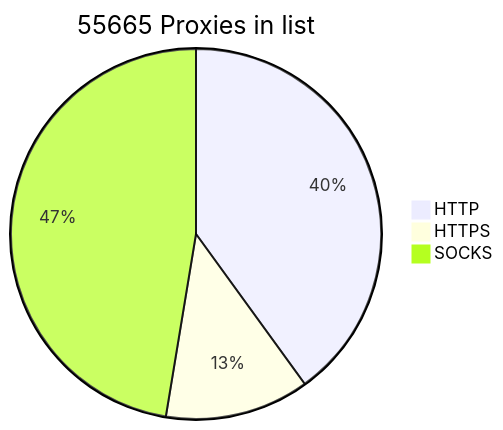
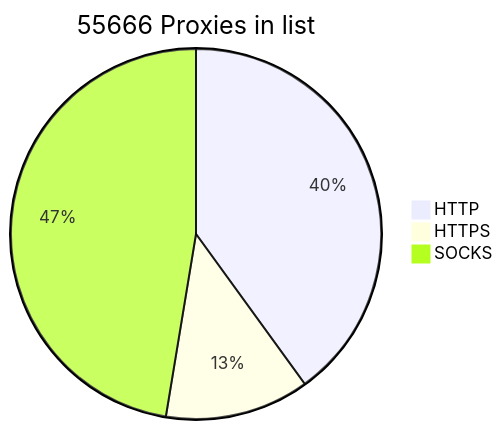
The diagram in README.md (BlackSnowDot/proxylist-update-every-minute), drawn with Mermaid before and after one commit.

````diff
--- a/README.md
+++ b/README.md
@@ -2,6 +2,6 @@
 ```mermaid
-pie title 55665 Proxies in list
+pie title 55666 Proxies in list
     "HTTP" : 24945
     "HTTPS": 7852
-    "SOCKS" : 29546
+    "SOCKS" : 29547
 ```
````
